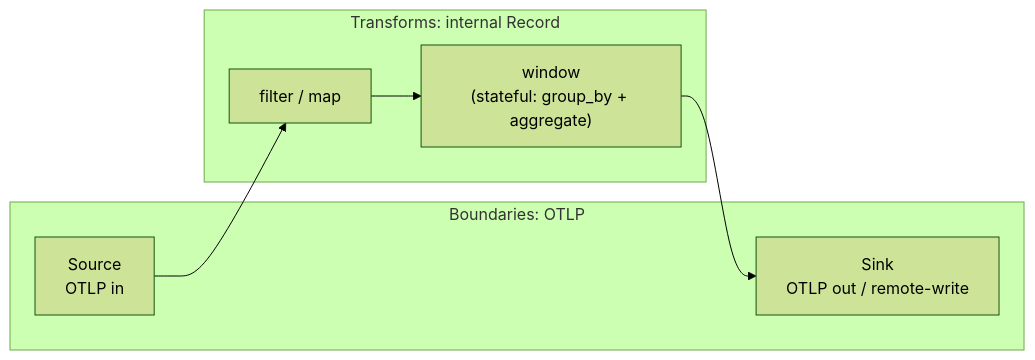
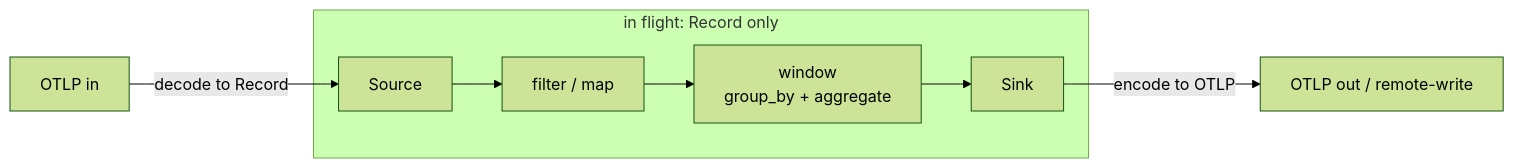
Before and after one commit to headrace-rs/headrace: the first of 5 diagrams in DESIGN.md, drawn with Mermaid (forest theme). The commit also changed other lines of this file, not shown here.

````diff
--- a/DESIGN.md
+++ b/DESIGN.md
@@ -27,12 +20,10 @@
 ```mermaid
 flowchart LR
-  subgraph edge[Boundaries: OTLP]
-    src[Source<br/>OTLP in]
-    snk[Sink<br/>OTLP out / remote-write]
+  in[OTLP in] -->|decode to Record| src[Source]
+  subgraph record[in flight: Record only]
+    src --> f[filter / map]
+    f --> w["window<br/>group_by + aggregate"]
+    w --> snk[Sink]
   end
-  subgraph proc[Transforms: internal Record]
-    f[filter / map]
-    w["window<br/>(stateful: group_by + aggregate)"]
-  end
-  src --> f --> w --> snk
+  snk -->|encode to OTLP| out[OTLP out / remote-write]
 ```
````
